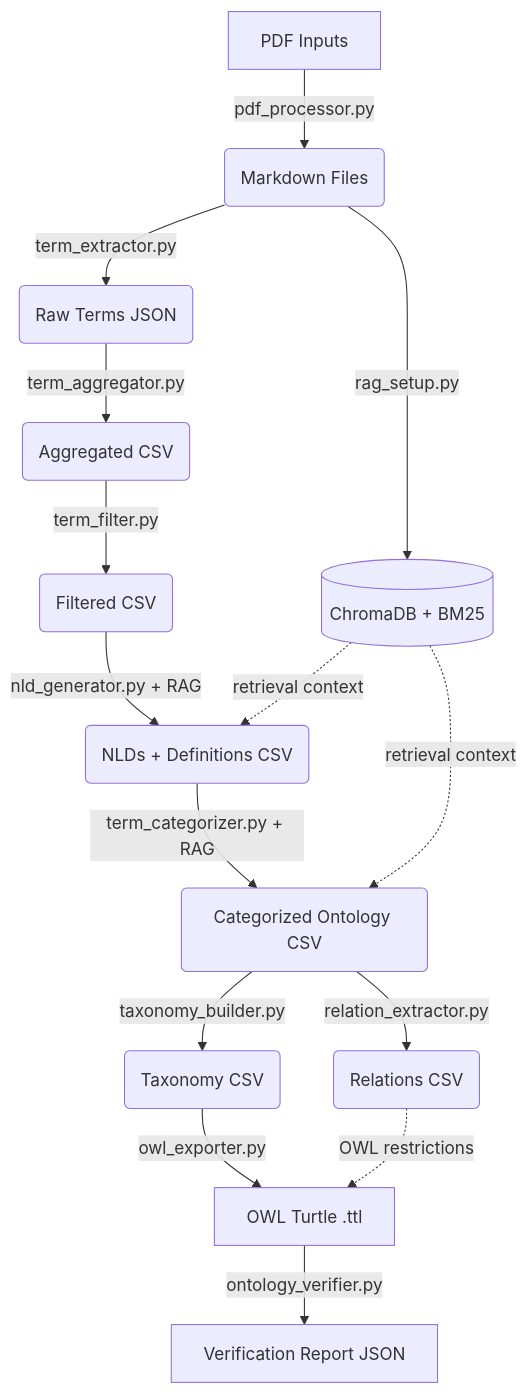
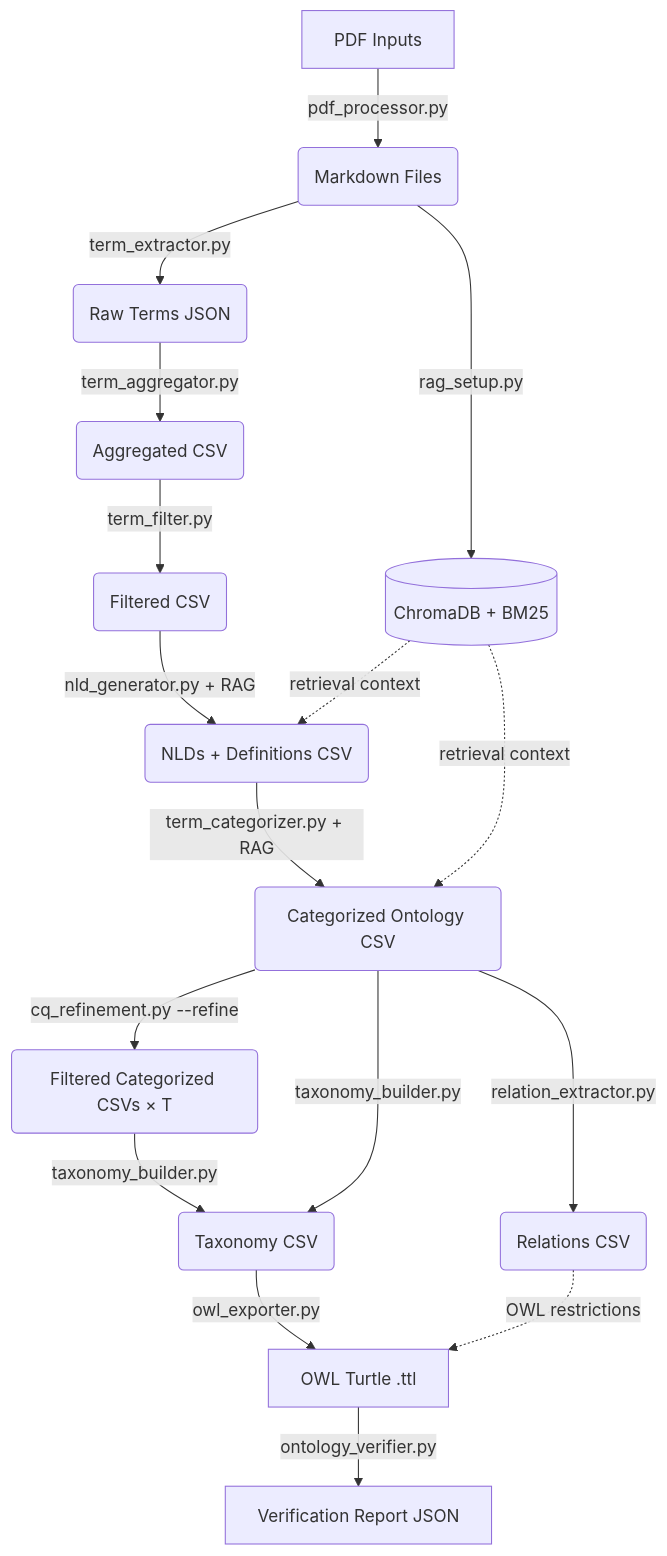
One commit to martinstroher/Pipeline_2 changed the diagram in docs/CONTEXT.md. Above: the diagram before and after it, drawn with Mermaid. The commit also changed other lines of this file and 17 other files, not shown here.

````diff
--- a/docs/CONTEXT.md
+++ b/docs/CONTEXT.md
@@ -8,17 +8,19 @@
 ```mermaid
 graph TD
     A[PDF Inputs] -->|pdf_processor.py| B(Markdown Files)
     B -->|rag_setup.py| C[(ChromaDB + BM25)]
     B -->|term_extractor.py| D(Raw Terms JSON)
     D -->|term_aggregator.py| E(Aggregated CSV)
     E -->|term_filter.py| F(Filtered CSV)
     F -->|nld_generator.py + RAG| G(NLDs + Definitions CSV)
     G -->|term_categorizer.py + RAG| H(Categorized Ontology CSV)
-    H -->|taxonomy_builder.py| I(Taxonomy CSV)
+    H -->|cq_refinement.py --refine| H2(Filtered Categorized CSVs × T)
+    H2 -->|taxonomy_builder.py| I(Taxonomy CSV)
+    H -->|taxonomy_builder.py| I
     H -->|relation_extractor.py| Rel(Relations CSV)
     I --> |owl_exporter.py| J[OWL Turtle .ttl]
     Rel -.->|OWL restrictions| J
     J -->|ontology_verifier.py| K[Verification Report JSON]
     C -.->|retrieval context| G
     C -.->|retrieval context| H
 ```
````
